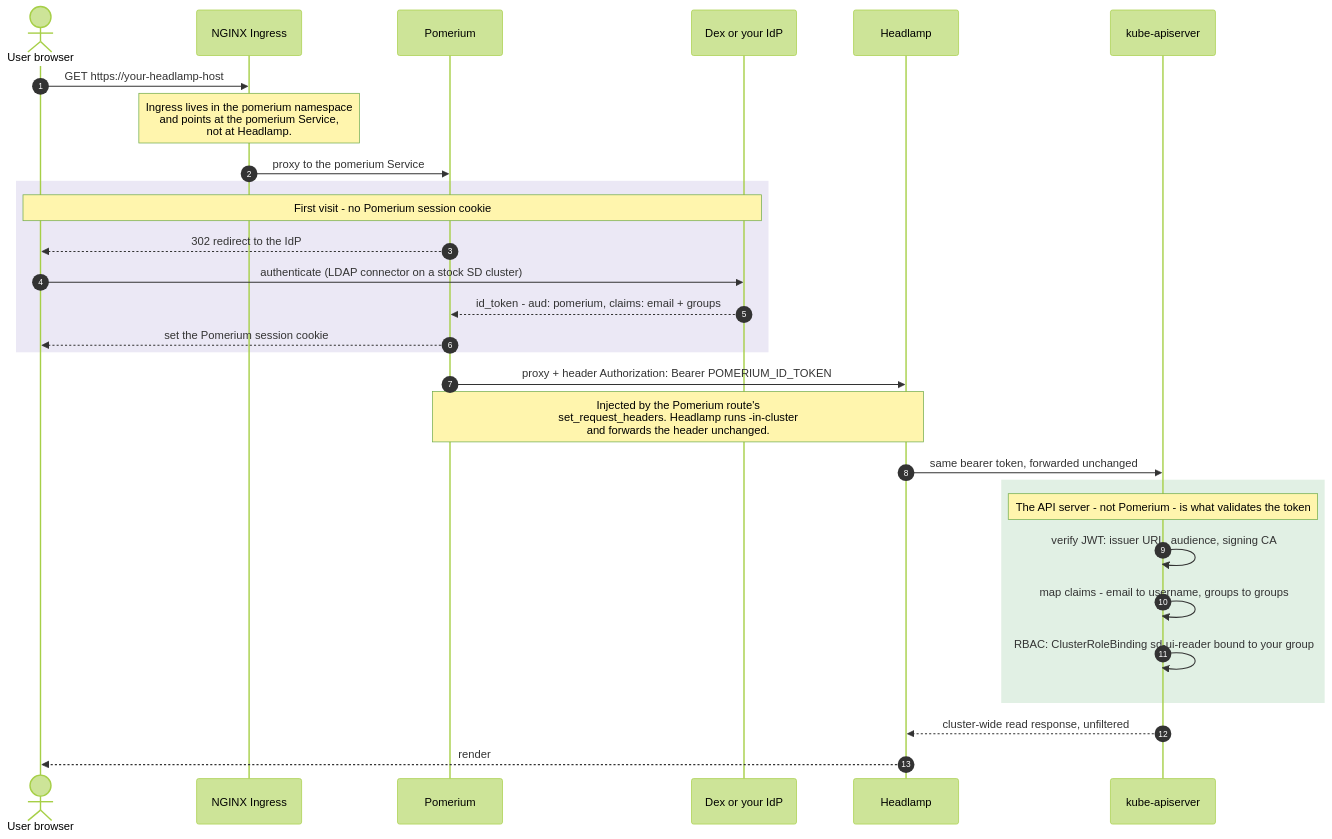
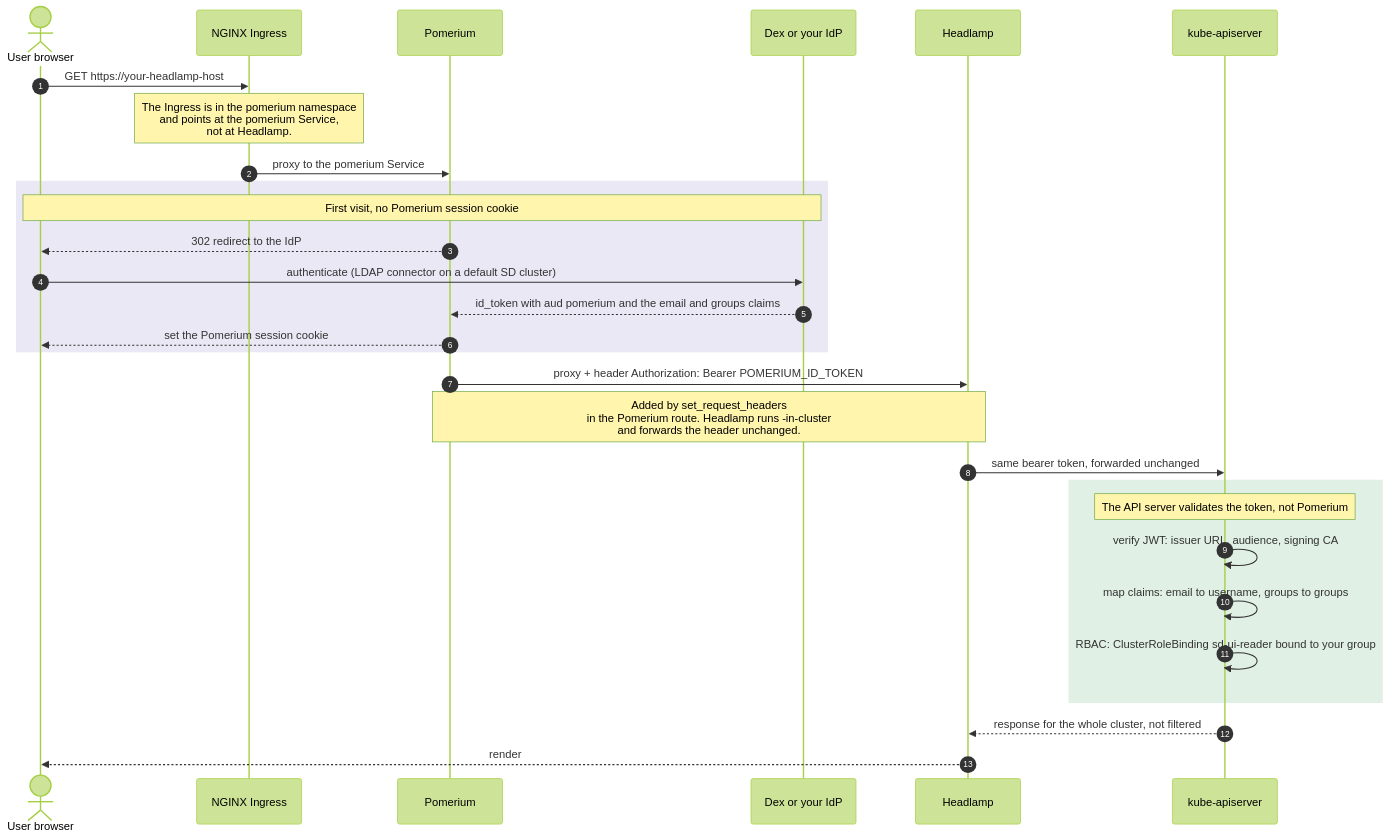
One commit to sighupio/module-utilities changed the first of 2 diagrams in examples/oidc-rbac/README.md. Above: the diagram before and after it, drawn with Mermaid (forest theme). The commit also changed other lines of this file and 26 other files, not shown here.

````diff
--- a/examples/oidc-rbac/README.md
+++ b/examples/oidc-rbac/README.md
@@ -32,36 +65,36 @@
 ```mermaid
 sequenceDiagram
     autonumber
     actor U as User browser
     participant I as NGINX Ingress
     participant P as Pomerium
     participant D as Dex or your IdP
     participant H as Headlamp
     participant A as kube-apiserver
 
     U->>I: GET https://your-headlamp-host
-    Note over I: Ingress lives in the pomerium namespace<br/>and points at the pomerium Service,<br/>not at Headlamp.
+    Note over I: The Ingress is in the pomerium namespace<br/>and points at the pomerium Service,<br/>not at Headlamp.
     I->>P: proxy to the pomerium Service
 
     rect rgb(235, 232, 245)
-        Note over U,D: First visit - no Pomerium session cookie
+        Note over U,D: First visit, no Pomerium session cookie
         P-->>U: 302 redirect to the IdP
-        U->>D: authenticate (LDAP connector on a stock SD cluster)
-        D-->>P: id_token - aud: pomerium, claims: email + groups
+        U->>D: authenticate (LDAP connector on a default SD cluster)
+        D-->>P: id_token with aud pomerium and the email and groups claims
         P-->>U: set the Pomerium session cookie
     end
 
     P->>H: proxy + header Authorization: Bearer POMERIUM_ID_TOKEN
-    Note over P,H: Injected by the Pomerium route's<br/>set_request_headers. Headlamp runs -in-cluster<br/>and forwards the header unchanged.
+    Note over P,H: Added by set_request_headers<br/>in the Pomerium route. Headlamp runs -in-cluster<br/>and forwards the header unchanged.
     H->>A: same bearer token, forwarded unchanged
 
     rect rgb(225, 240, 228)
-        Note over A: The API server - not Pomerium - is what validates the token
+        Note over A: The API server validates the token, not Pomerium
         A->>A: verify JWT: issuer URL, audience, signing CA
-        A->>A: map claims - email to username, groups to groups
+        A->>A: map claims: email to username, groups to groups
         A->>A: RBAC: ClusterRoleBinding sd-ui-reader bound to your group
     end
 
-    A-->>H: cluster-wide read response, unfiltered
+    A-->>H: response for the whole cluster, not filtered
     H-->>U: render
 ```
````
